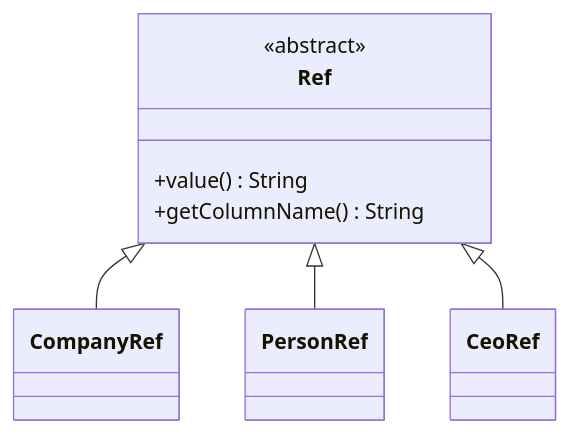
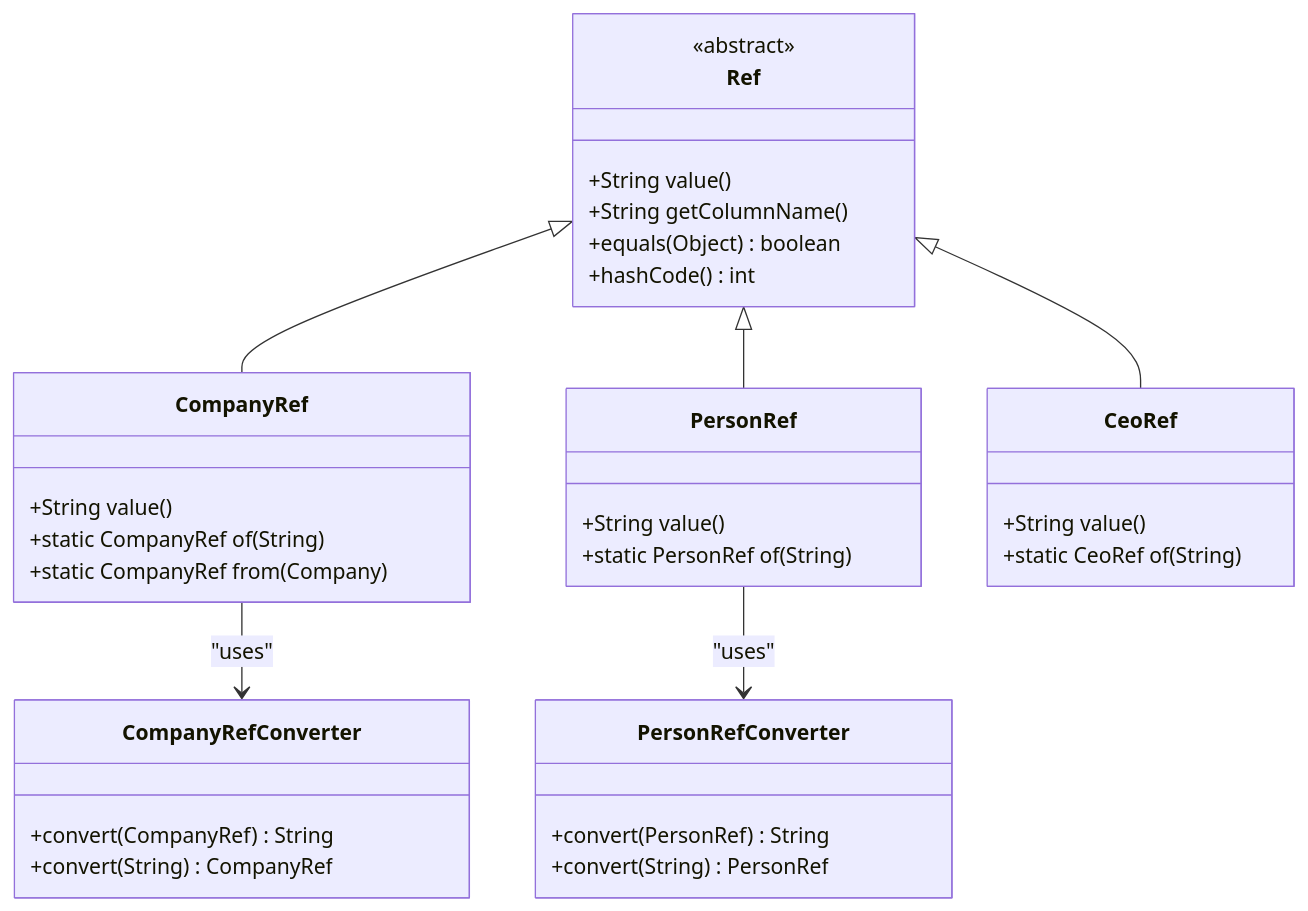
The seventh of 11 diagrams in .qoder/repowiki/en/content/Data Management.md (effinrich/rh-nx-monorepo), drawn with Mermaid before and after one commit. The commit also changed other lines of this file and 130 other files, not shown here.

````diff
--- a/.qoder/repowiki/en/content/Data Management.md
+++ b/.qoder/repowiki/en/content/Data Management.md
@@ -308,14 +408,36 @@
 ```mermaid
 classDiagram
 class Ref {
 <<abstract>>
-+value() String
-+getColumnName() String
++String value()
++String getColumnName()
++equals(Object) boolean
++hashCode() int
 }
-class CompanyRef
-class PersonRef
-class CeoRef
+class CompanyRef {
++String value()
++static CompanyRef of(String)
++static CompanyRef from(Company)
+}
+class PersonRef {
++String value()
++static PersonRef of(String)
+}
+class CeoRef {
++String value()
++static CeoRef of(String)
+}
+class CompanyRefConverter {
++convert(CompanyRef) String
++convert(String) CompanyRef
+}
+class PersonRefConverter {
++convert(PersonRef) String
++convert(String) PersonRef
+}
 Ref <|-- CompanyRef
 Ref <|-- PersonRef
 Ref <|-- CeoRef
+CompanyRef --> CompanyRefConverter : "uses"
+PersonRef --> PersonRefConverter : "uses"
 ```
````
